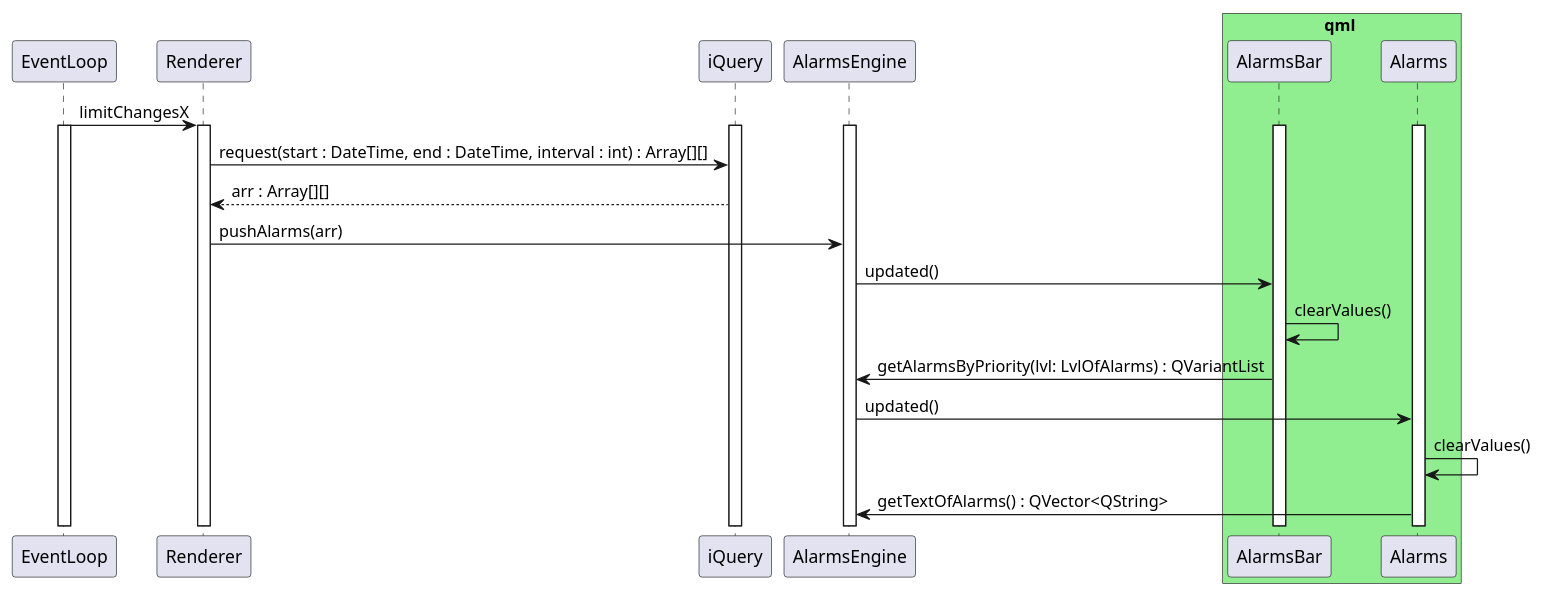
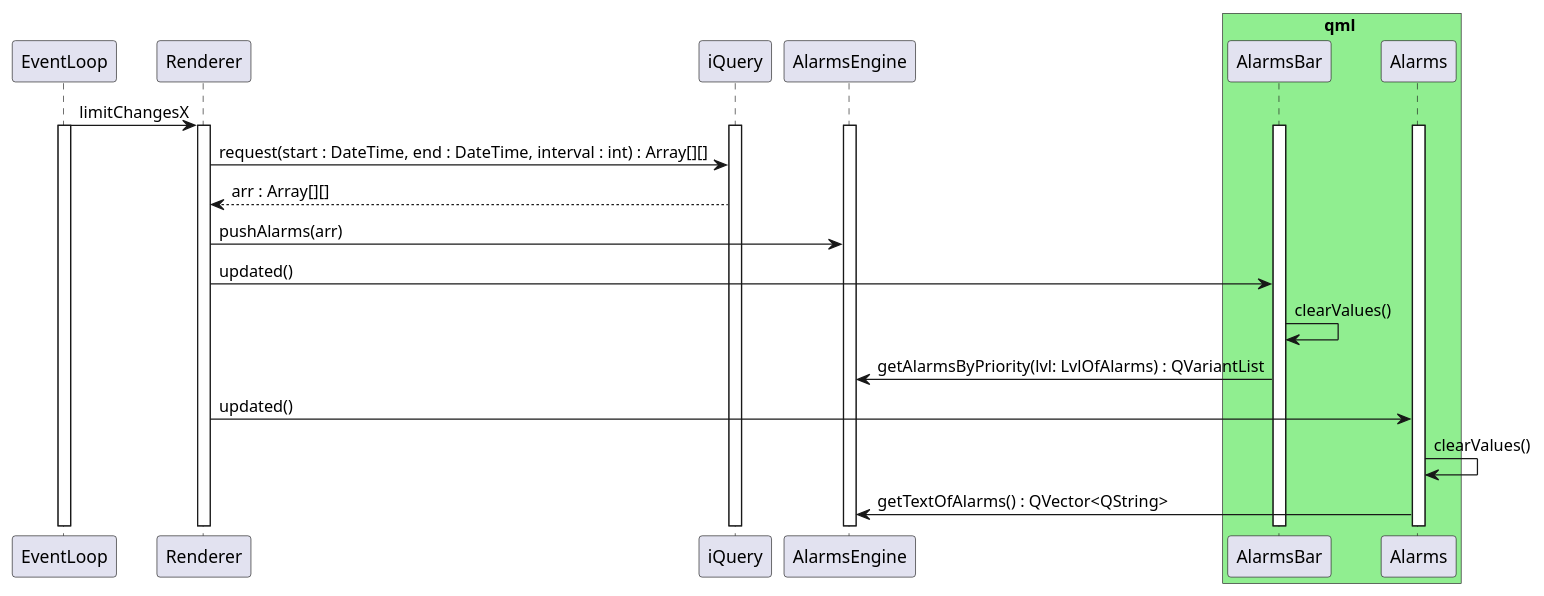
The diagram in SequenceDiagram.wsd (gpicugin/Diagrams), drawn with PlantUML before and after one commit.

Commit message:
Некие правки

```diff
--- a/SequenceDiagram.wsd
+++ b/SequenceDiagram.wsd
@@ -1,31 +1,31 @@
 @startuml SequenceDiagram
 
 skinparam sequenceMessageAlign left
 
 EventLoop -> Renderer: limitChangesX
 activate EventLoop
 activate Renderer
 activate AlarmsBar
 activate Alarms
 activate iQuery
 activate AlarmsEngine
 
 Renderer -> iQuery: request(start : DateTime, end : DateTime, interval : int) : Array[][]
 iQuery --> Renderer: arr : Array[][]
 
 Renderer -> AlarmsEngine: pushAlarms(arr)
 
-AlarmsEngine -> AlarmsBar: updated()
+Renderer -> AlarmsBar: updated()
 AlarmsBar -> AlarmsBar:  clearValues()
 AlarmsBar -> AlarmsEngine: getAlarmsByPriority(lvl: LvlOfAlarms) : QVariantList
 
-AlarmsEngine -> Alarms:  updated()
+Renderer -> Alarms:  updated()
 Alarms -> Alarms:  clearValues()
 Alarms -> AlarmsEngine: getTextOfAlarms() : QVector<QString>
 
 box qml #LightGreen
     participant AlarmsBar
     participant Alarms
 end box
 
 @enduml
```
